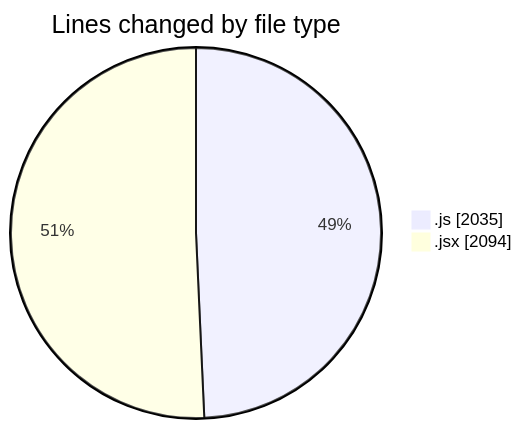
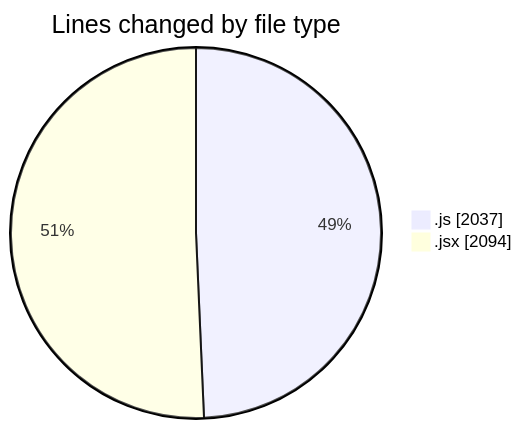
One commit to nxtqubesakshisongat/code-tracking changed the first of 2 diagrams in 2025-09-01/nxtqube_webapp/README.md. Above: the diagram before and after it, drawn with Mermaid. The commit also changed other lines of this file and 1 other file, not shown here.

````diff
--- a/2025-09-01/nxtqube_webapp/README.md
+++ b/2025-09-01/nxtqube_webapp/README.md
@@ -25,6 +25,6 @@
 ```mermaid
 pie showData
 title Lines changed by file type
-".js" : 2035
+".js" : 2037
 ".jsx" : 2094
 ```
````
